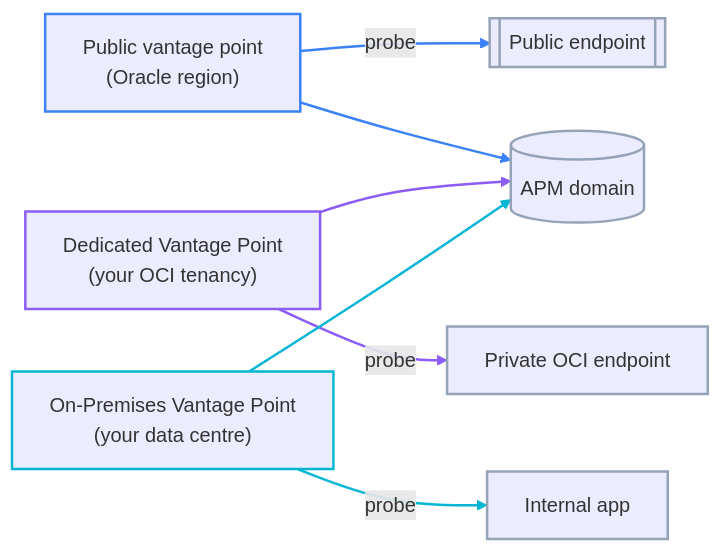
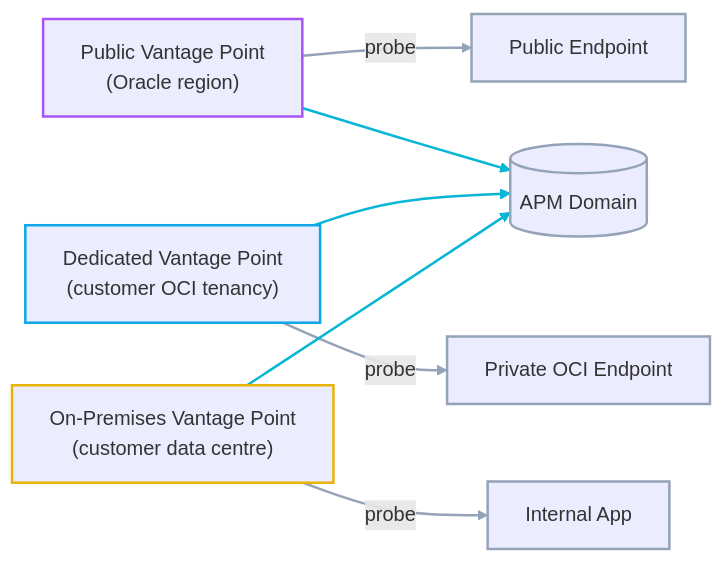
The second of 3 diagrams in 04-oracle/observability-professional/06-application-performance-monitoring.md (leonlnj/engineering-gym), drawn with Mermaid before and after one commit. The commit also changed other lines of this file and 10 other files, not shown here.

````diff
--- a/04-oracle/observability-professional/06-application-performance-monitoring.md
+++ b/04-oracle/observability-professional/06-application-performance-monitoring.md
@@ -266,24 +269,20 @@
 ```mermaid
 flowchart LR
-    PV["Public vantage point<br/>(Oracle region)"] -->|"probe"| APP1[["Public endpoint"]]
-    DVP["Dedicated Vantage Point<br/>(your OCI tenancy)"] -->|"probe"| APP2["Private OCI endpoint"]
-    OPVP["On-Premises Vantage Point<br/>(your data centre)"] -->|"probe"| APP3["Internal app"]
-    PV --> D[("APM domain")]
+    PV["Public Vantage Point<br/>(Oracle region)"] -->|"probe"| APP1["Public Endpoint"]
+    DVP["Dedicated Vantage Point<br/>(customer OCI tenancy)"] -->|"probe"| APP2["Private OCI Endpoint"]
+    OPVP["On-Premises Vantage Point<br/>(customer data centre)"] -->|"probe"| APP3["Internal App"]
+    PV --> D[("APM Domain")]
     DVP --> D
     OPVP --> D
 
-    linkStyle 0 stroke:#3b82f6,stroke-width:2px
-    linkStyle 1 stroke:#8b5cf6,stroke-width:2px
-    linkStyle 2 stroke:#06b6d4,stroke-width:2px
-    linkStyle 3 stroke:#3b82f6,stroke-width:2px
-    linkStyle 4 stroke:#8b5cf6,stroke-width:2px
-    linkStyle 5 stroke:#06b6d4,stroke-width:2px
+    linkStyle 0,1,2 stroke:#94a3b8,stroke-width:2px
+    linkStyle 3,4,5 stroke:#06b6d4,stroke-width:2px
 
-    style PV stroke:#3b82f6,stroke-width:2px
-    style DVP stroke:#8b5cf6,stroke-width:2px
-    style OPVP stroke:#06b6d4,stroke-width:2px
+    style PV stroke:#a855f7,stroke-width:2px
+    style DVP stroke:#0ea5e9,stroke-width:2px
+    style OPVP stroke:#eab308,stroke-width:2px
     style APP1 stroke:#94a3b8,stroke-width:2px
     style APP2 stroke:#94a3b8,stroke-width:2px
     style APP3 stroke:#94a3b8,stroke-width:2px
     style D stroke:#94a3b8,stroke-width:2px
 ```
````
